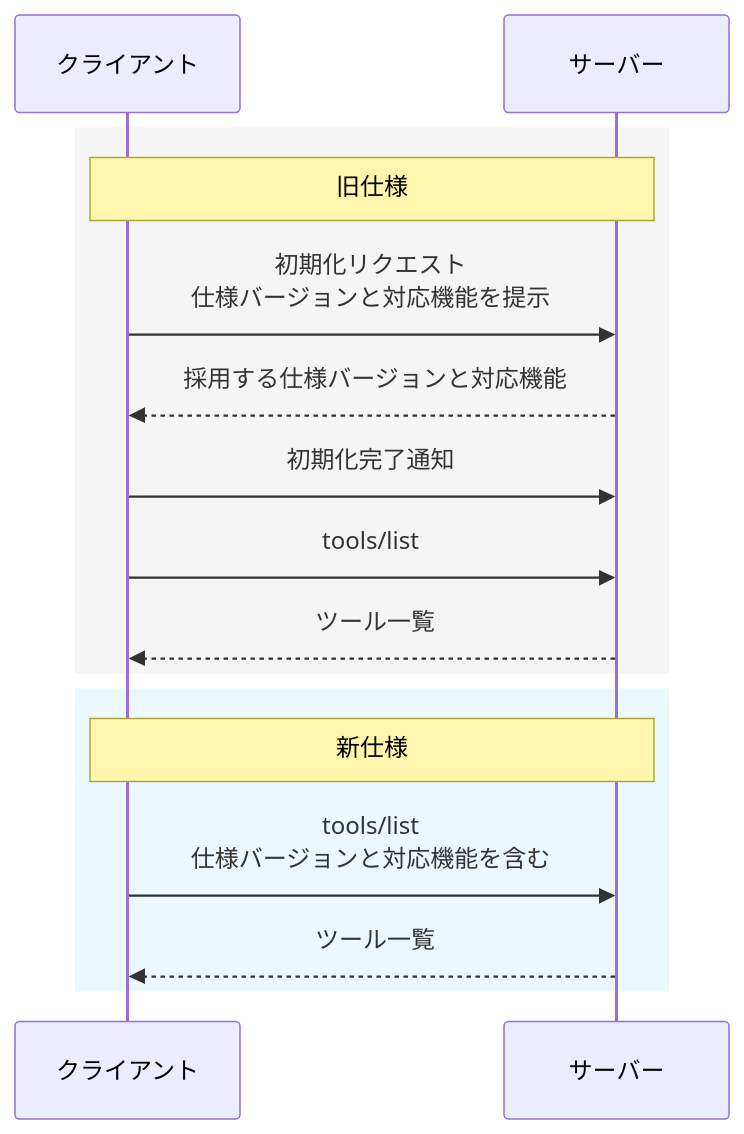
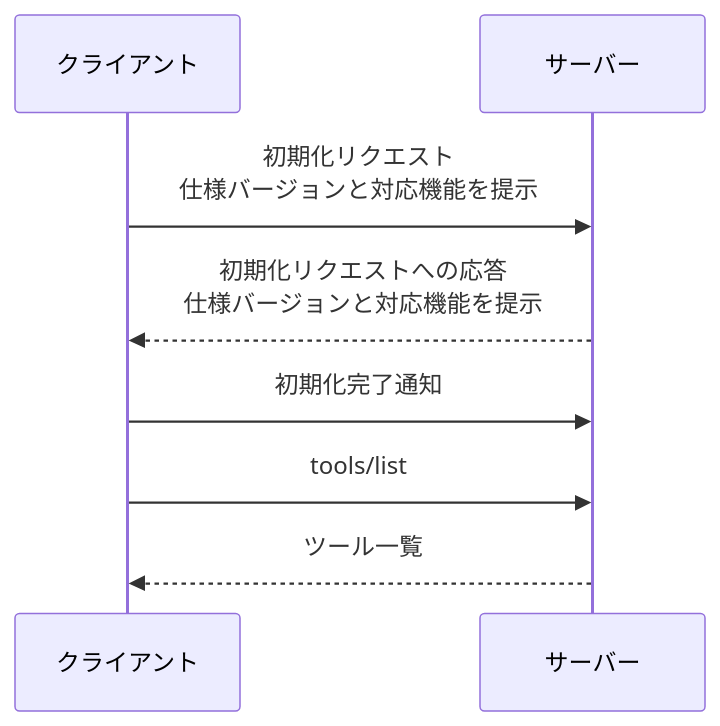
One commit to yamazaki-yuki-23/qiita-tech-blogs changed the third of 6 diagrams in public/2026-08-mcp-2026-07-28.md. Above: the diagram before and after it, drawn with Mermaid. The commit also changed other lines of this file, not shown here.

````diff
--- a/public/2026-08-mcp-2026-07-28.md
+++ b/public/2026-08-mcp-2026-07-28.md
@@ -97,20 +127,11 @@
 ```mermaid
 sequenceDiagram
     participant C as クライアント
     participant S as サーバー
 
-    rect rgb(245, 245, 245)
-        Note over C,S: 旧仕様
-        C->>S: 初期化リクエスト<br/>仕様バージョンと対応機能を提示
-        S-->>C: 採用する仕様バージョンと対応機能
-        C->>S: 初期化完了通知
-        C->>S: tools/list
-        S-->>C: ツール一覧
-    end
-
-    rect rgb(235, 248, 255)
-        Note over C,S: 新仕様
-        C->>S: tools/list<br/>仕様バージョンと対応機能を含む
-        S-->>C: ツール一覧
-    end
+    C->>S: 初期化リクエスト<br/>仕様バージョンと対応機能を提示
+    S-->>C: 初期化リクエストへの応答<br/>仕様バージョンと対応機能を提示
+    C->>S: 初期化完了通知
+    C->>S: tools/list
+    S-->>C: ツール一覧
 ```
````
